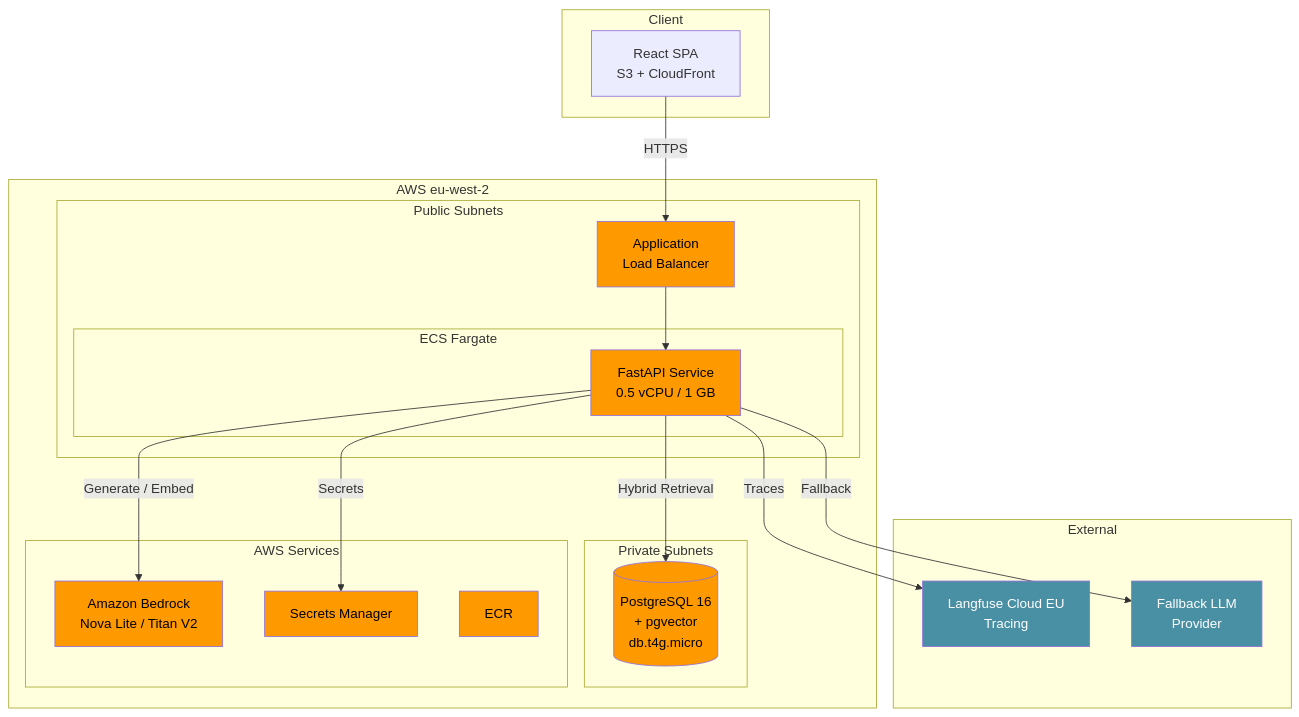
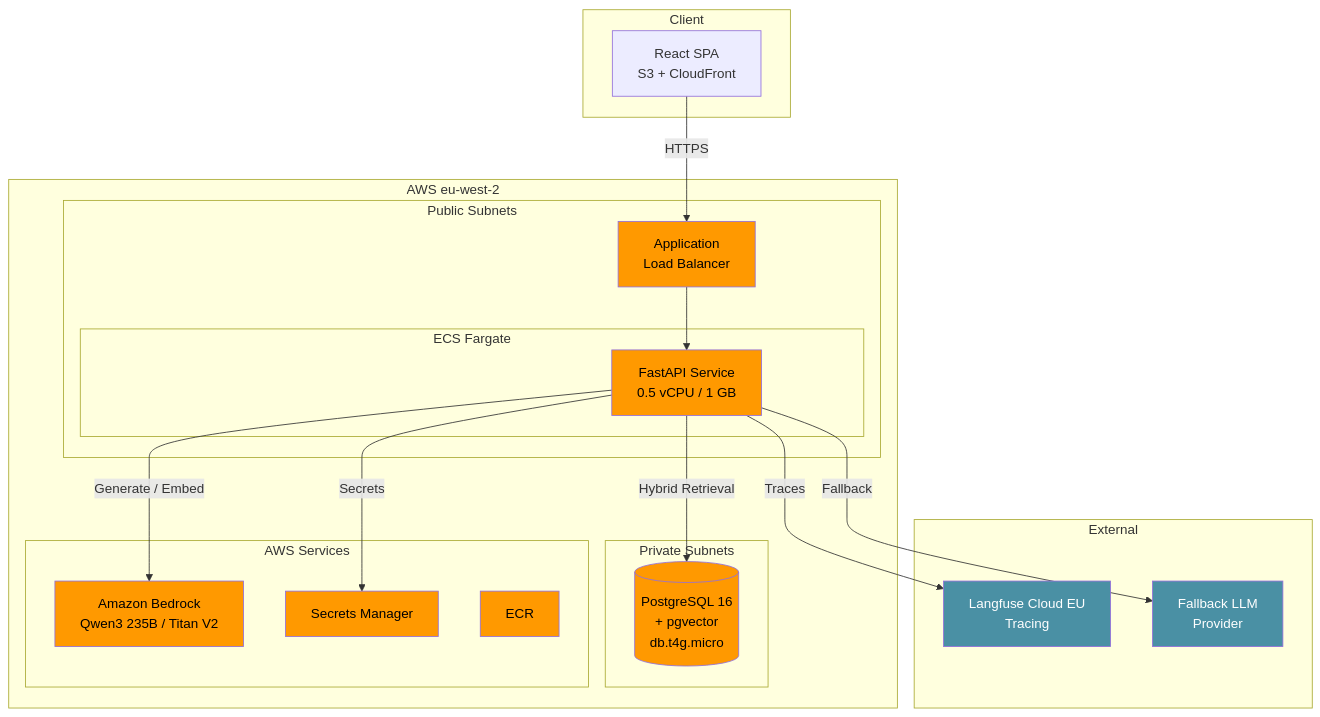
One commit to WaiteM124/rag-platform changed the diagram in README.md. Above: the diagram before and after it, drawn with Mermaid. The commit also changed other lines of this file and 14 other files, not shown here.

First line of the commit message:
Switch Bedrock defaults to open-weight Qwen3 and DeepSeek judge (#9)

````diff
--- a/README.md
+++ b/README.md
@@ -18,43 +18,43 @@
 ```mermaid
 flowchart TB
     subgraph "Client"
         UI[React SPA<br/>S3 + CloudFront]
     end
 
     subgraph "AWS eu-west-2"
         subgraph "Public Subnets"
             ALB[Application<br/>Load Balancer]
             subgraph "ECS Fargate"
                 API[FastAPI Service<br/>0.5 vCPU / 1 GB]
             end
         end
 
         subgraph "Private Subnets"
             RDS[(PostgreSQL 16<br/>+ pgvector<br/>db.t4g.micro)]
         end
 
         subgraph "AWS Services"
-            Bedrock[Amazon Bedrock<br/>Nova Lite / Titan V2]
+            Bedrock[Amazon Bedrock<br/>Qwen3 235B / Titan V2]
             SM[Secrets Manager]
             ECR[ECR]
         end
     end
 
     subgraph "External"
         Langfuse[Langfuse Cloud EU<br/>Tracing]
         Fallback[Fallback LLM<br/>Provider]
     end
 
     UI -->|HTTPS| ALB
     ALB --> API
     API -->|Hybrid Retrieval| RDS
     API -->|Generate / Embed| Bedrock
     API -->|Fallback| Fallback
     API -->|Traces| Langfuse
     API -->|Secrets| SM
 
     classDef aws fill:#FF9900,color:#000
     classDef external fill:#4A90A4,color:#fff
     class ALB,API,RDS,Bedrock,SM,ECR aws
     class Langfuse,Fallback external
 ```
````
